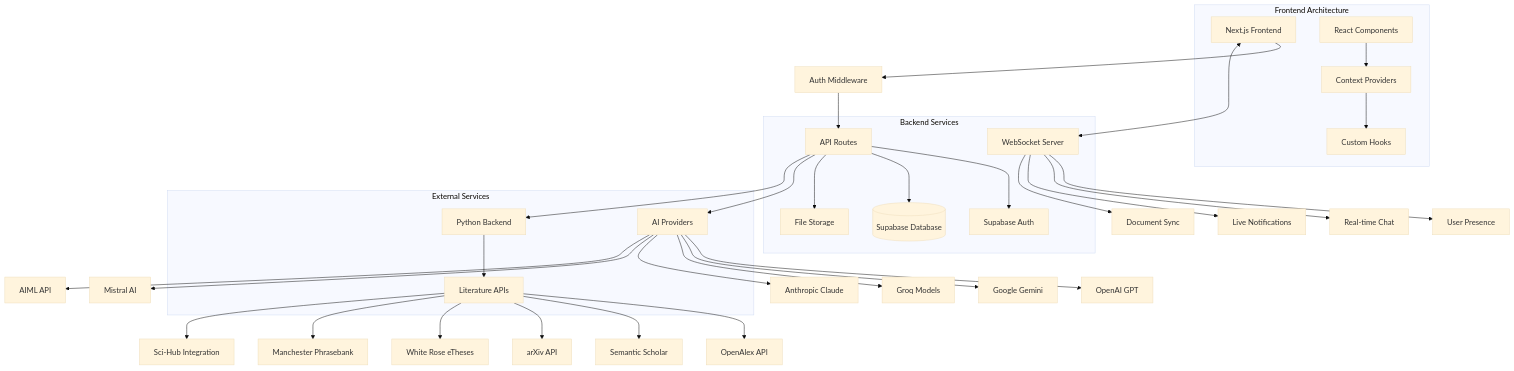
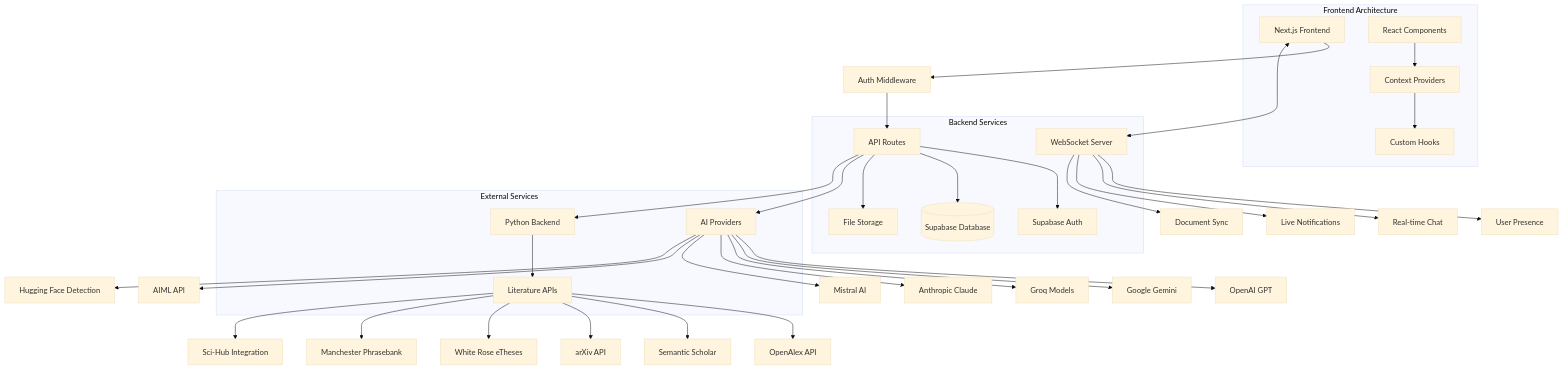
Before and after one commit to Kedhareswer/thesisflow-ai: the third of 9 diagrams in README.md, drawn with Mermaid (base theme). The commit also changed other lines of this file and 5 other files, not shown here.

Commit message:
feat: add AI content detection with Hugging Face integration

````diff
--- a/README.md
+++ b/README.md
@@ -242,55 +243,56 @@
 ```mermaid
 flowchart TD
   Client[Next.js Frontend] --> Middleware[Auth Middleware]
   Middleware --> API[API Routes]
   Client <--> WebSocket[WebSocket Server]
 
   API --> Auth[Supabase Auth]
   API --> DB[(Supabase Database)]
   API --> Storage[File Storage]
   API --> AI[AI Providers]
   API --> Python[Python Backend]
 
   AI --> OpenAI[OpenAI GPT]
   AI --> Gemini[Google Gemini]
   AI --> Groq[Groq Models]
   AI --> Anthropic[Anthropic Claude]
   AI --> Mistral[Mistral AI]
   AI --> AIML[AIML API]
+  AI --> HuggingFace[Hugging Face Detection]
 
   Python --> Literature[Literature APIs]
   Literature --> OpenAlex[OpenAlex API]
   Literature --> SemanticScholar[Semantic Scholar]
   Literature --> ArXiv[arXiv API]
   Literature --> WhiteRose[White Rose eTheses]
   Literature --> Manchester[Manchester Phrasebank]
   Literature --> SciHub[Sci-Hub Integration]
 
   WebSocket --> Presence[User Presence]
   WebSocket --> Chat[Real-time Chat]
   WebSocket --> Notifications[Live Notifications]
   WebSocket --> Collaboration[Document Sync]
 
   subgraph "Frontend Architecture"
     Client
     Components[React Components]
     Providers[Context Providers]
     Hooks[Custom Hooks]
     Components --> Providers
     Providers --> Hooks
   end
 
   subgraph "Backend Services"
     API
     Auth
     DB
     Storage
     WebSocket
   end
 
   subgraph "External Services"
     AI
     Python
     Literature
   end
 ```
````
